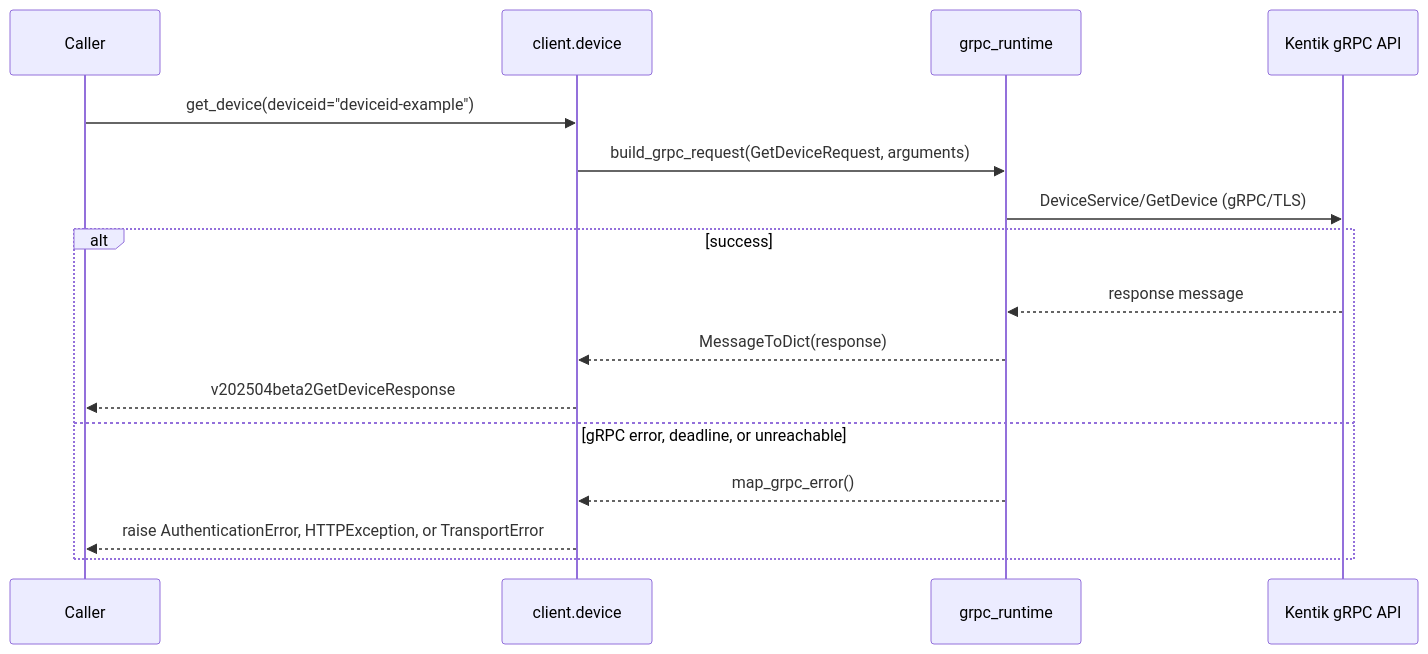
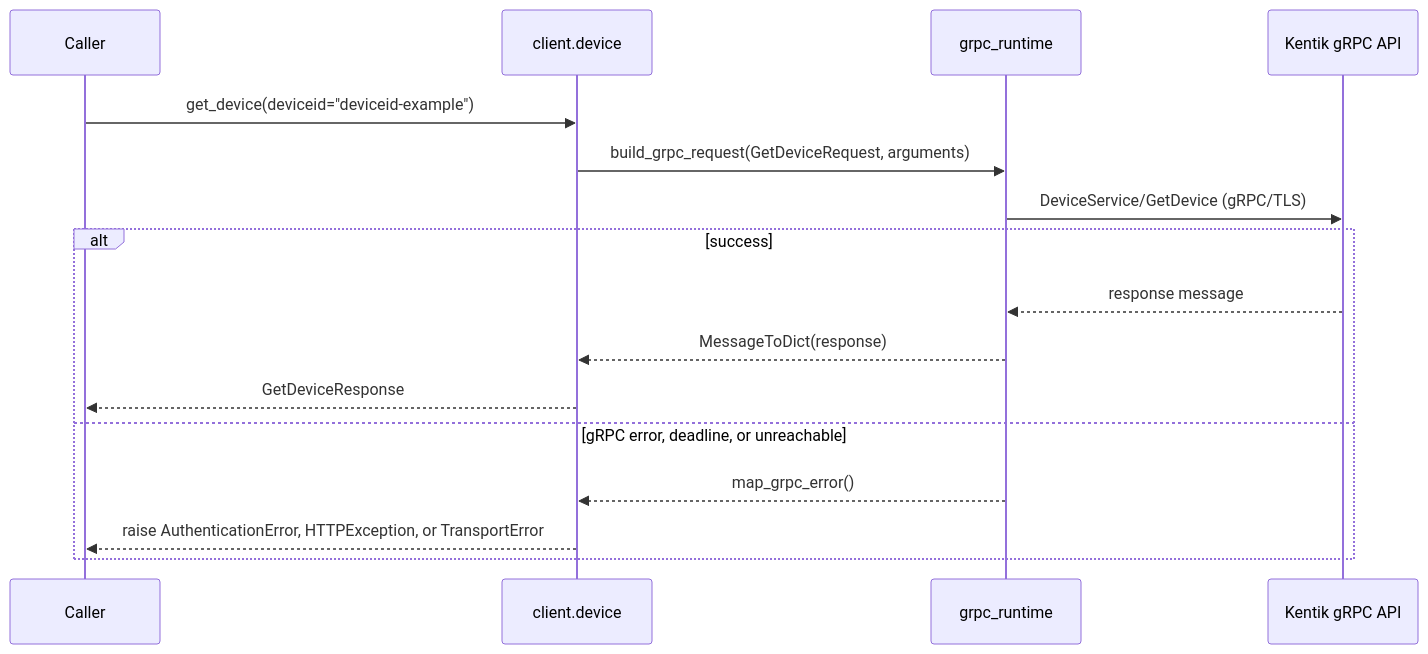
Before and after one commit to alexdearaujo/community_sdk_python: diagram 15 of 22 in docs/sphinx/services/device.md, drawn with Mermaid. The commit also changed other lines of this file and 38 other files, not shown here.

````diff
--- a/docs/sphinx/services/device.md
+++ b/docs/sphinx/services/device.md
@@ -515,19 +515,19 @@
 ```mermaid
 sequenceDiagram
     participant C as Caller
     participant W as client.device
     participant R as grpc_runtime
     participant API as Kentik gRPC API
 
     C->>W: get_device(deviceid="deviceid-example")
     W->>R: build_grpc_request(GetDeviceRequest, arguments)
     R->>API: DeviceService/GetDevice (gRPC/TLS)
     alt success
         API-->>R: response message
         R-->>W: MessageToDict(response)
-        W-->>C: v202504beta2GetDeviceResponse
+        W-->>C: GetDeviceResponse
     else gRPC error, deadline, or unreachable
         R-->>W: map_grpc_error()
         W-->>C: raise AuthenticationError, HTTPException, or TransportError
     end
 ```
````
